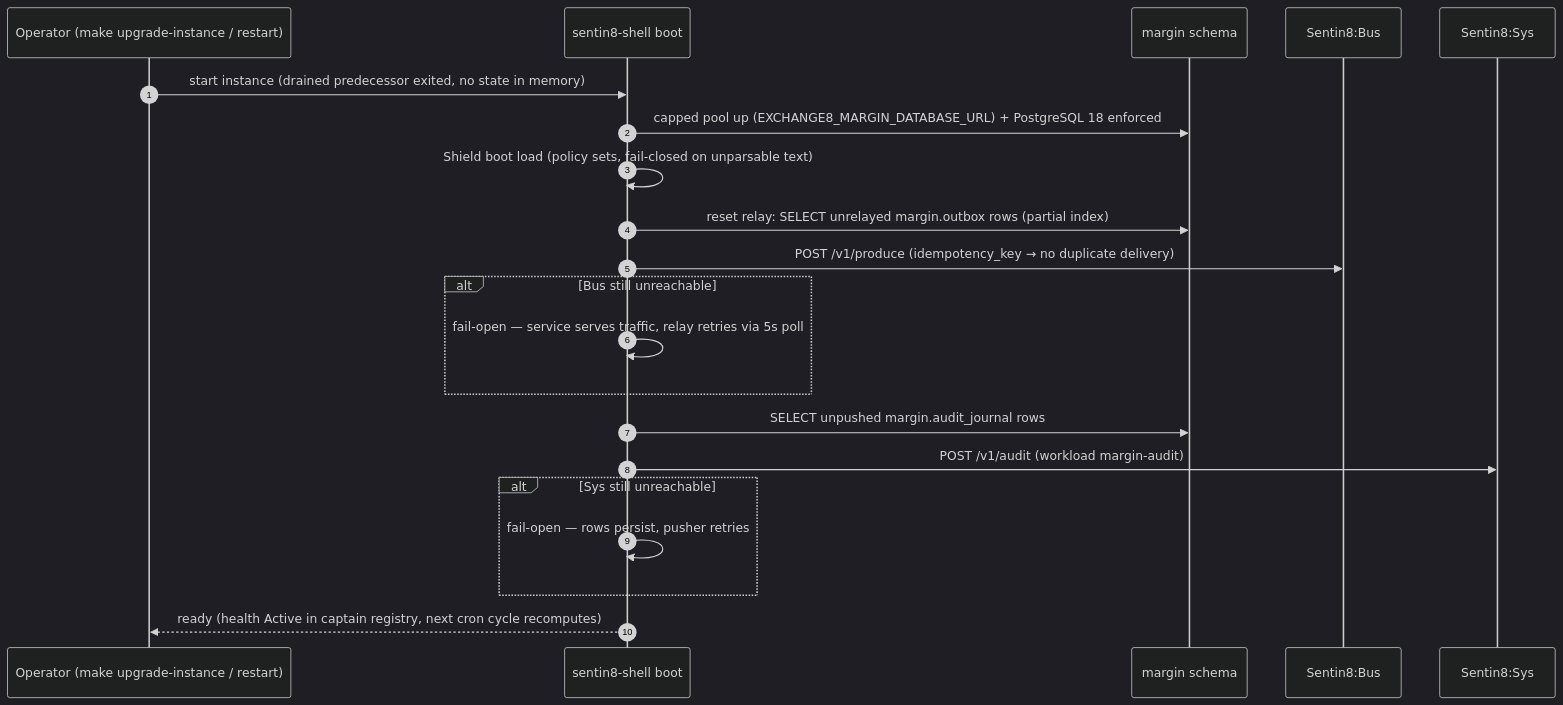
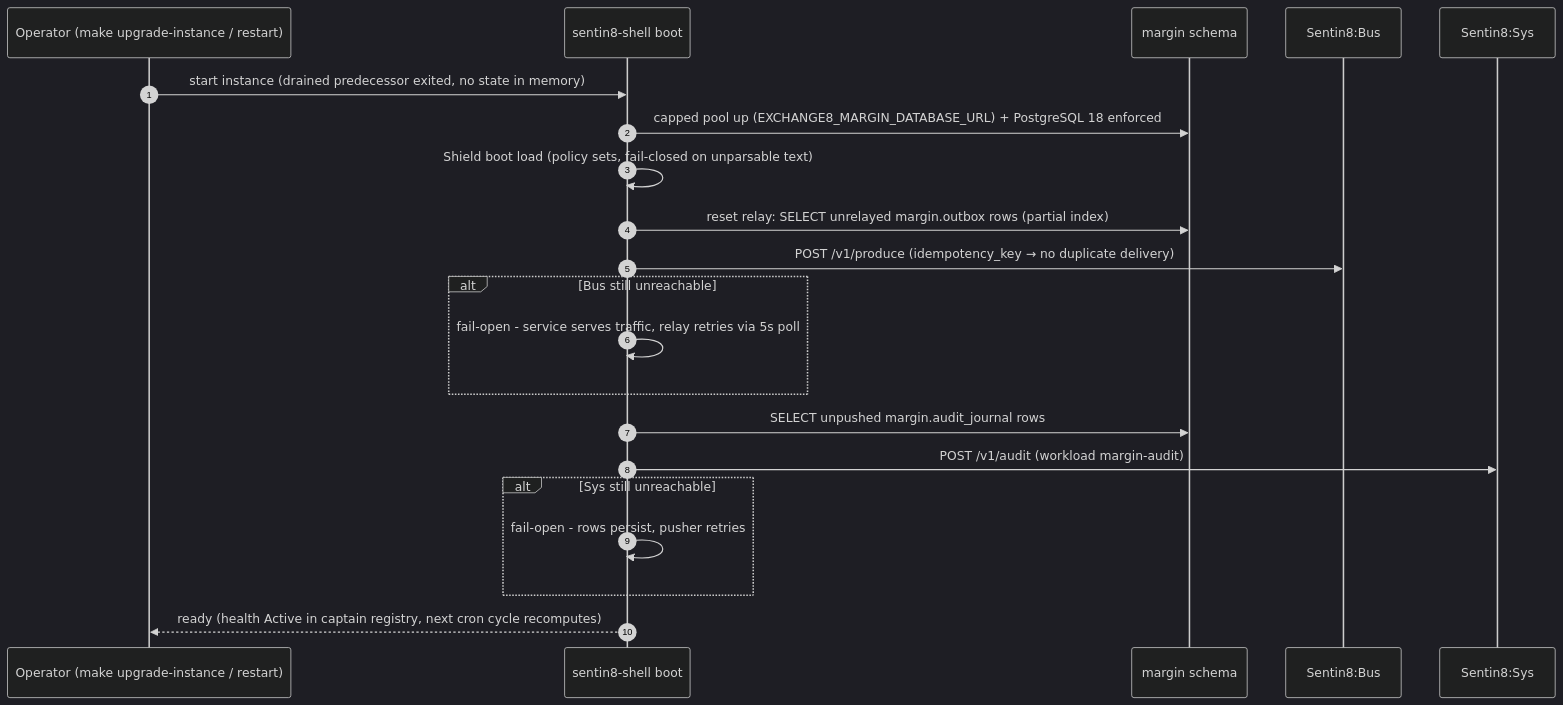
Before and after one commit to Exchange8-dev/exchange8-margin: diagram 15 of 17 in DESIGN.md, drawn with Mermaid (dark theme). The commit also changed other lines of this file and 19 other files, not shown here.

````diff
--- a/DESIGN.md
+++ b/DESIGN.md
@@ -708,23 +708,23 @@
 ```mermaid
 sequenceDiagram
     autonumber
     participant OP as Operator (make upgrade-instance / restart)
     participant SH as sentin8-shell boot
     participant DB as margin schema
     participant BUS as Sentin8:Bus
     participant SYS as Sentin8:Sys
     OP->>SH: start instance (drained predecessor exited, no state in memory)
     SH->>DB: capped pool up (EXCHANGE8_MARGIN_DATABASE_URL) + PostgreSQL 18 enforced
     SH->>SH: Shield boot load (policy sets, fail-closed on unparsable text)
     SH->>DB: reset relay: SELECT unrelayed margin.outbox rows (partial index)
     SH->>BUS: POST /v1/produce (idempotency_key → no duplicate delivery)
     alt Bus still unreachable
-        SH->>SH: fail-open — service serves traffic, relay retries via 5s poll
+        SH->>SH: fail-open - service serves traffic, relay retries via 5s poll
     end
     SH->>DB: SELECT unpushed margin.audit_journal rows
     SH->>SYS: POST /v1/audit (workload margin-audit)
     alt Sys still unreachable
-        SH->>SH: fail-open — rows persist, pusher retries
+        SH->>SH: fail-open - rows persist, pusher retries
     end
     SH-->>OP: ready (health Active in captain registry, next cron cycle recomputes)
 ```
````
